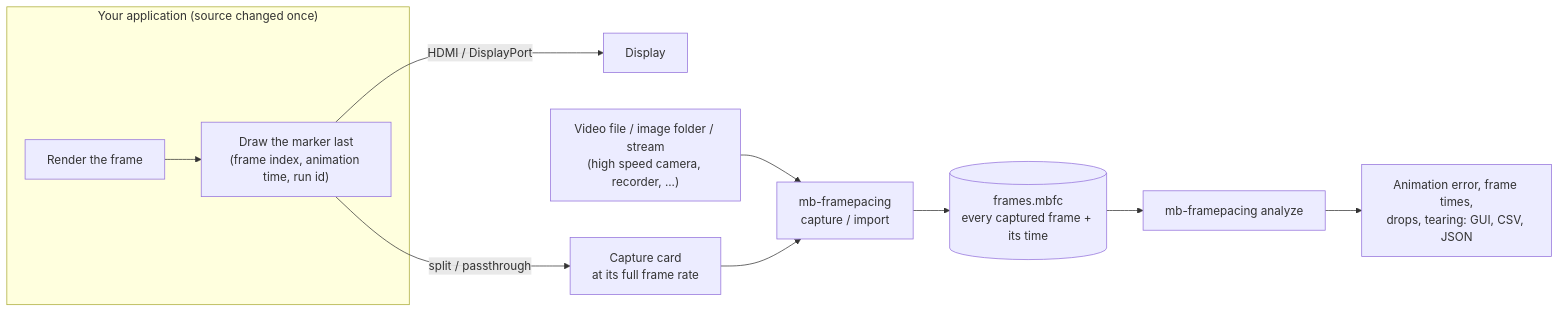
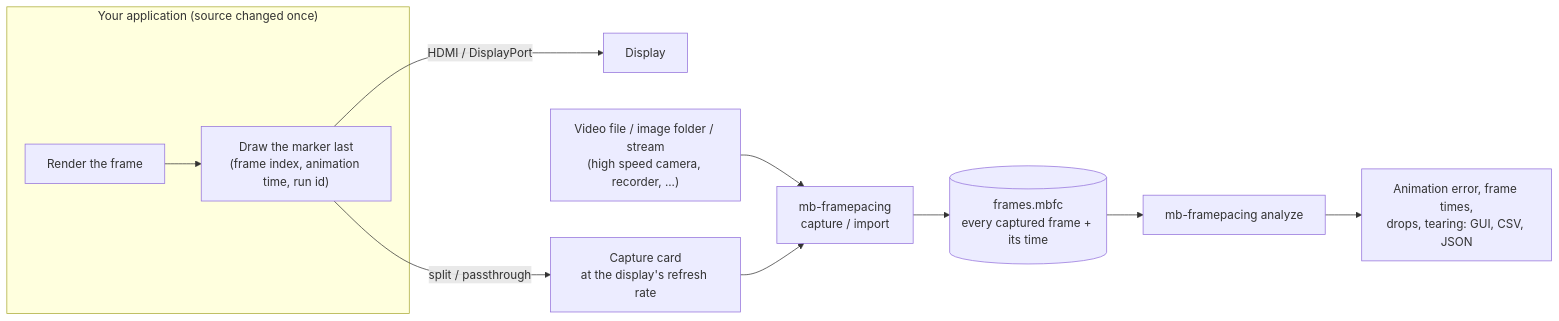
One commit to Unarmed1000/mb-framepacing changed the first of 4 diagrams in README.md. Above: the diagram before and after it, drawn with Mermaid. The commit also changed other lines of this file and 3 other files, not shown here.

First line of the commit message:
Docs: capture at the display's refresh rate, no variable refresh

````diff
--- a/README.md
+++ b/README.md
@@ -82,13 +82,13 @@
 ```mermaid
 flowchart LR
     subgraph app["Your application (source changed once)"]
         A[Render the frame] --> B["Draw the marker last<br/>(frame index, animation time, run id)"]
     end
     B -->|HDMI / DisplayPort| C[Display]
-    B -->|split / passthrough| D["Capture card<br/>at its full frame rate"]
+    B -->|split / passthrough| D["Capture card<br/>at the display's refresh rate"]
     V["Video file / image folder / stream<br/>(high speed camera, recorder, ...)"] --> E
     D --> E["mb-framepacing<br/>capture / import"]
     E --> F[("frames.mbfc<br/>every captured frame + its time")]
     F --> G["mb-framepacing analyze"]
     G --> H["Animation error, frame times,<br/>drops, tearing: GUI, CSV, JSON"]
 ```
````
